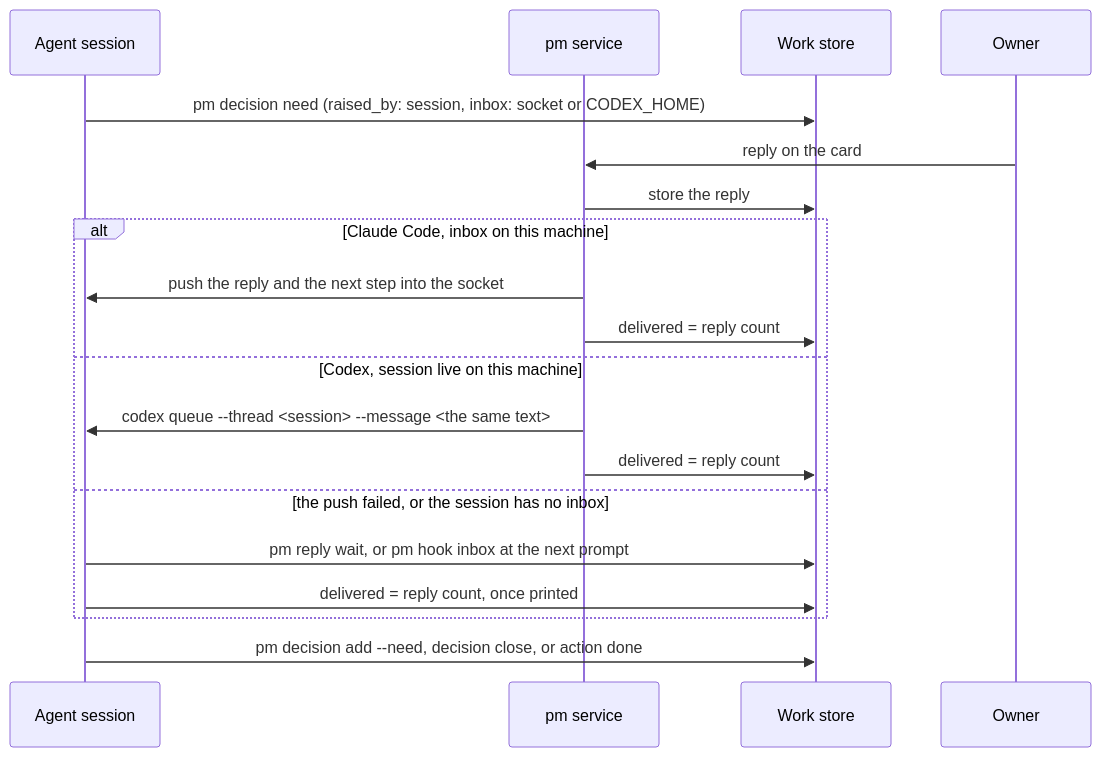
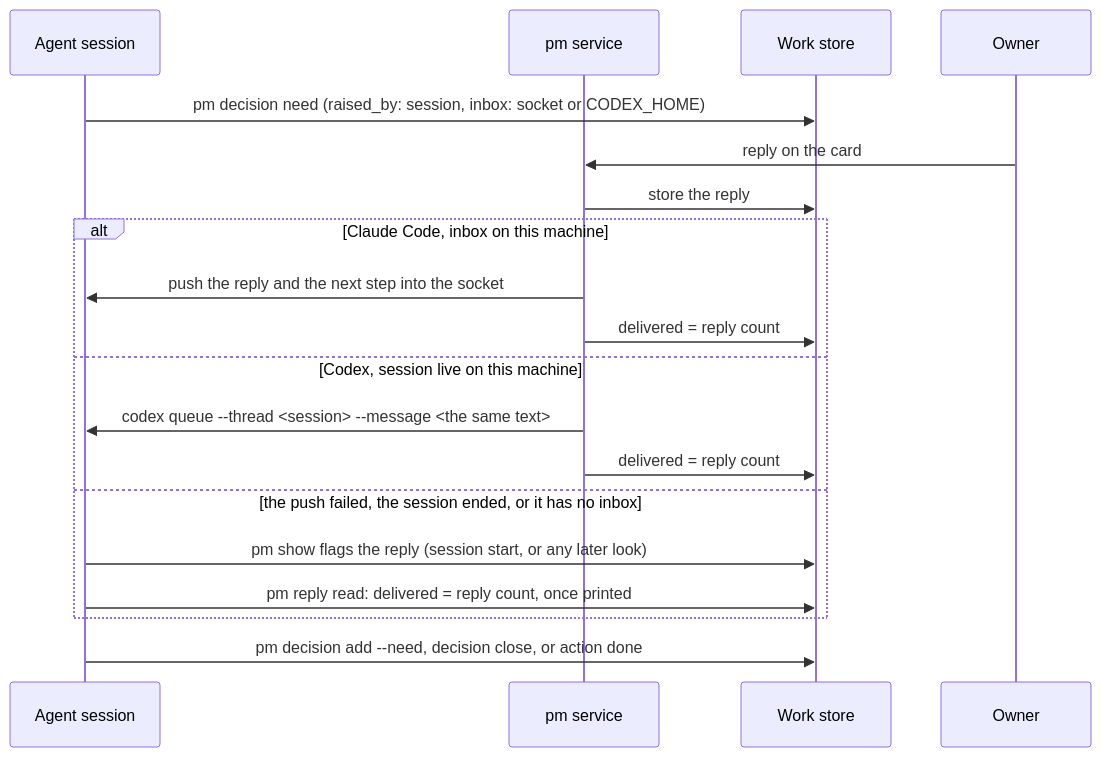
The diagram in design/reply-delivery.md (Yeeef/pm), drawn with Mermaid before and after one commit. The commit also changed other lines of this file and 10 other files, not shown here.

Commit message:
Design pages: owner replies reach a session by push, with the pm show flag and pm reply read as safety net; pm reply wait and pm hook inbox removed (pm-quality sprint 34)

````diff
--- a/design/reply-delivery.md
+++ b/design/reply-delivery.md
@@ -107,21 +101,21 @@
 ```mermaid
 sequenceDiagram
   participant A as Agent session
   participant S as pm service
   participant W as Work store
   participant O as Owner
   A->>W: pm decision need (raised_by: session, inbox: socket or CODEX_HOME)
   O->>S: reply on the card
   S->>W: store the reply
   alt Claude Code, inbox on this machine
     S->>A: push the reply and the next step into the socket
     S->>W: delivered = reply count
   else Codex, session live on this machine
     S->>A: codex queue --thread <session> --message <the same text>
     S->>W: delivered = reply count
-  else the push failed, or the session has no inbox
-    A->>W: pm reply wait, or pm hook inbox at the next prompt
-    A->>W: delivered = reply count, once printed
+  else the push failed, the session ended, or it has no inbox
+    A->>W: pm show flags the reply (session start, or any later look)
+    A->>W: pm reply read: delivered = reply count, once printed
   end
   A->>W: pm decision add --need, decision close, or action done
 ```
````
